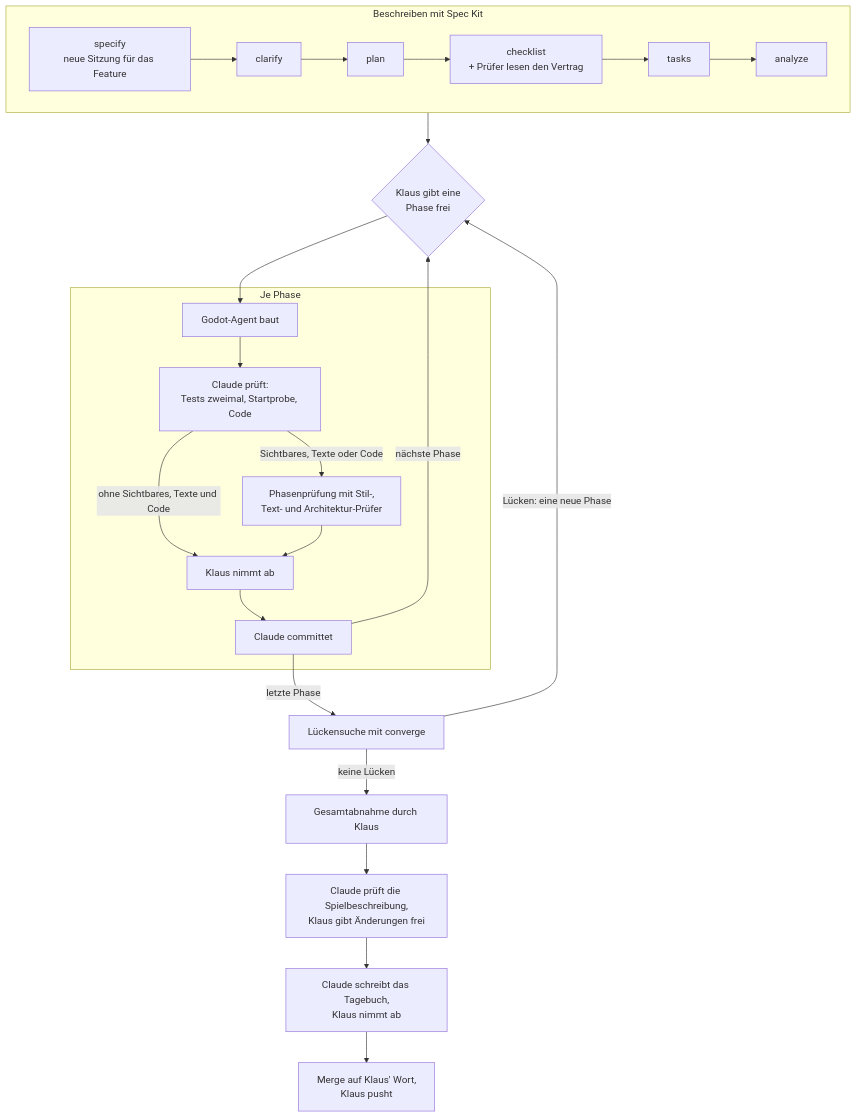
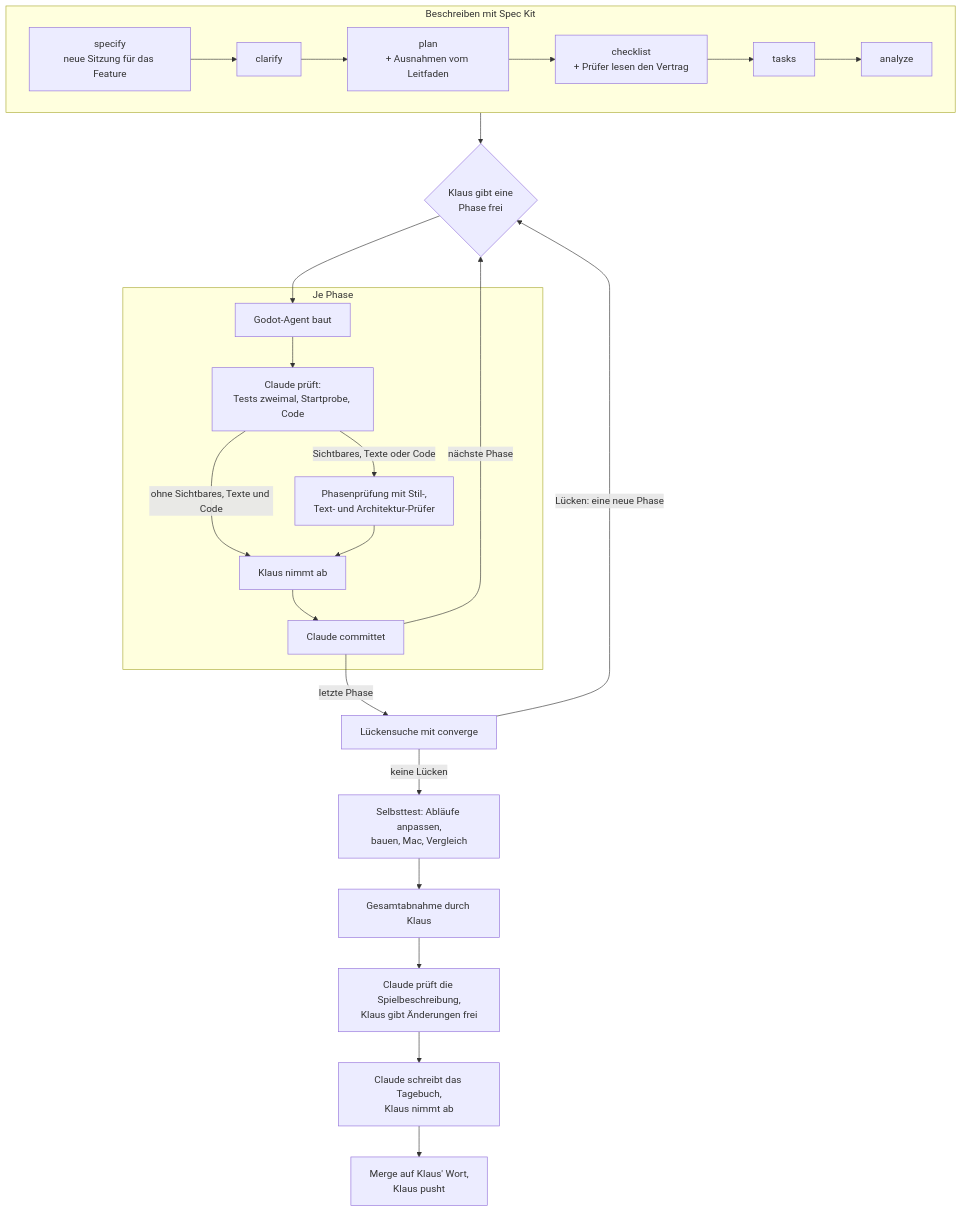
One commit to klausmoster/DerComputerladen changed the diagram in docs/ki_workflow/ki_dev.md. Above: the diagram before and after it, drawn with Mermaid. The commit also changed other lines of this file and 1 other file, not shown here.

Commit message:
KI-Workflow: Fahrplan eines Features als Konzept
Klaus wollte an einer Stelle nachlesen koennen, wie ein Feature der
Reihe nach ablaeuft; abgenommen am 2026-10-29.
- docs/ki_workflow/feature_fahrplan.md: Schaubild und Tabellen A Start,
  B Spec Kit, C je Phase, D Abschluss; je Schritt wer, Ergebnis, wo
  Klaus gefragt wird und wo die Regel steht. Keine neue Regel; vier
  offene Fragen mit Empfehlung (Bestandspruefung, Plan-Vorlage,
  Godot-Doku als erste Aufgabe, Skill /dcl-fahrplan).
- docs/ki_workflow/ki_dev.md: Schaubild mit Ausnahmen vom Leitfaden
  beim Plan und dem Selbsttest vor der Gesamtabnahme; Verweis auf den
  Fahrplan.
Schaubilder fehlerfrei gezeichnet.

````diff
--- a/docs/ki_workflow/ki_dev.md
+++ b/docs/ki_workflow/ki_dev.md
@@ -25,23 +25,24 @@
 ```mermaid
 flowchart TD
     subgraph beschreiben["Beschreiben mit Spec Kit"]
         direction LR
-        S1["specify<br/>neue Sitzung für das Feature"] --> S2["clarify"] --> S3["plan"] --> S4["checklist<br/>+ Prüfer lesen den Vertrag"] --> S5["tasks"] --> S6["analyze"]
+        S1["specify<br/>neue Sitzung für das Feature"] --> S2["clarify"] --> S3["plan<br/>+ Ausnahmen vom Leitfaden"] --> S4["checklist<br/>+ Prüfer lesen den Vertrag"] --> S5["tasks"] --> S6["analyze"]
     end
     beschreiben --> F{"Klaus gibt eine<br/>Phase frei"}
     subgraph phase["Je Phase"]
         B["Godot-Agent baut"] --> CP["Claude prüft:<br/>Tests zweimal, Startprobe, Code"]
         CP -->|"ohne Sichtbares, Texte und Code"| AB["Klaus nimmt ab"]
         CP -->|"Sichtbares, Texte oder Code"| P["Phasenprüfung mit Stil-,<br/>Text- und Architektur-Prüfer"]
         P --> AB
         AB --> CO["Claude committet"]
     end
     F --> B
     CO -->|"nächste Phase"| F
     CO -->|"letzte Phase"| CV["Lückensuche mit converge"]
     CV -->|"Lücken: eine neue Phase"| F
-    CV -->|"keine Lücken"| GA["Gesamtabnahme durch Klaus"]
+    CV -->|"keine Lücken"| ST["Selbsttest: Abläufe anpassen,<br/>bauen, Mac, Vergleich"]
+    ST --> GA["Gesamtabnahme durch Klaus"]
     GA --> SB["Claude prüft die Spielbeschreibung,<br/>Klaus gibt Änderungen frei"]
     SB --> TB["Claude schreibt das Tagebuch,<br/>Klaus nimmt ab"]
     TB --> M["Merge auf Klaus' Wort,<br/>Klaus pusht"]
 ```
````
